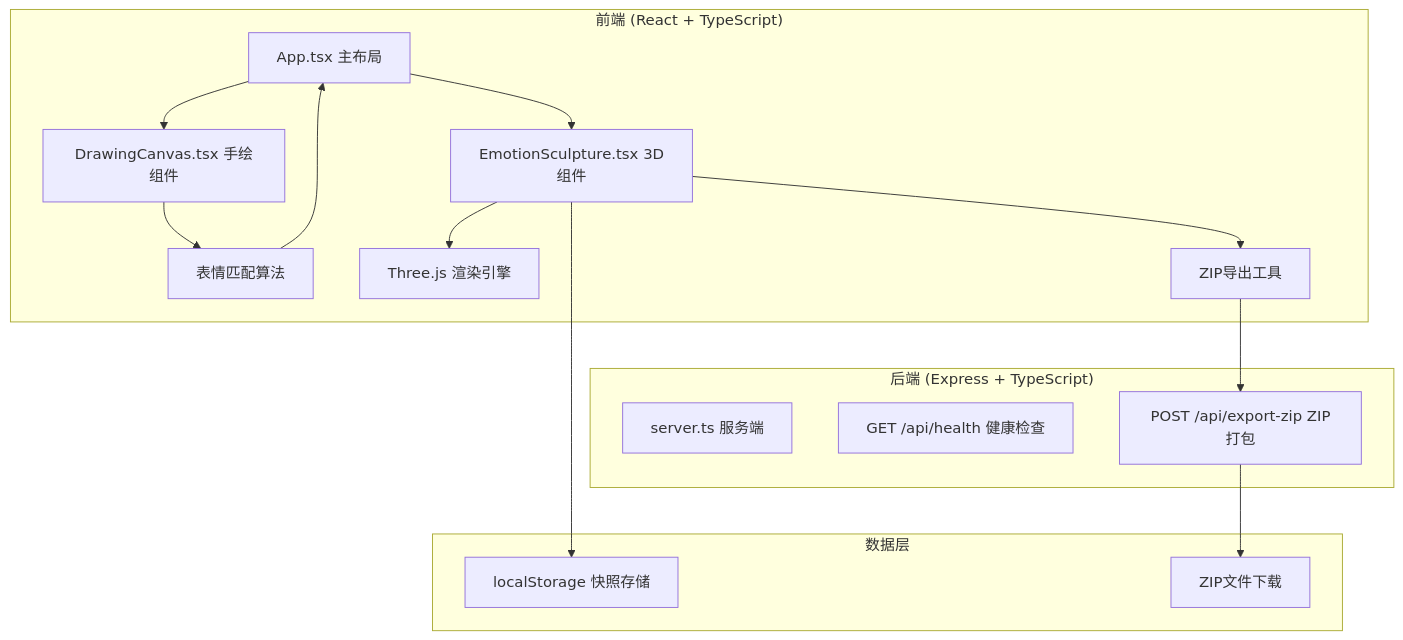
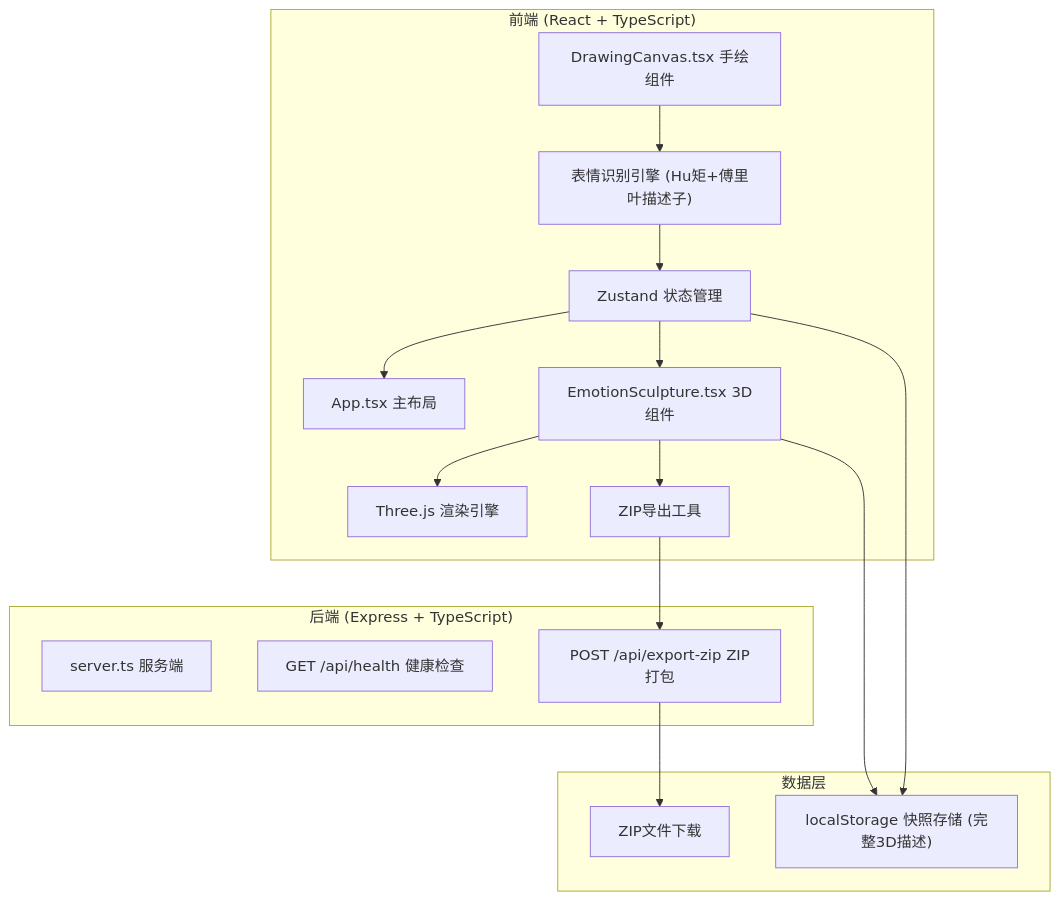
One commit to NUDT-ZSL/Solo changed the first of 2 diagrams in cp2_6.11_auto67/.trae/documents/TECH-ARCH-情绪雕塑生成器.md. Above: the diagram before and after it, drawn with Mermaid. The commit also changed other lines of this file, not shown here.

````diff
--- a/cp2_6.11_auto67/.trae/documents/TECH-ARCH-情绪雕塑生成器.md
+++ b/cp2_6.11_auto67/.trae/documents/TECH-ARCH-情绪雕塑生成器.md
@@ -2,32 +2,34 @@
 ```mermaid
 graph TD
     subgraph "前端 (React + TypeScript)"
         A["App.tsx 主布局"]
         B["DrawingCanvas.tsx 手绘组件"]
         C["EmotionSculpture.tsx 3D组件"]
-        D["表情匹配算法"]
+        D["表情识别引擎 (Hu矩+傅里叶描述子)"]
         E["Three.js 渲染引擎"]
         F["ZIP导出工具"]
+        G["Zustand 状态管理"]
     end
     
     subgraph "后端 (Express + TypeScript)"
-        G["server.ts 服务端"]
-        H["GET /api/health 健康检查"]
-        I["POST /api/export-zip ZIP打包"]
+        H["server.ts 服务端"]
+        I["GET /api/health 健康检查"]
+        J["POST /api/export-zip ZIP打包"]
     end
     
     subgraph "数据层"
-        J["localStorage 快照存储"]
-        K["ZIP文件下载"]
+        K["localStorage 快照存储 (完整3D描述)"]
+        L["ZIP文件下载"]
     end
     
     B --> D
-    D --> A
-    A --> C
+    D --> G
+    G --> A
+    G --> C
     C --> E
     C --> F
-    F --> I
-    I --> K
-    C --> J
-    A --> B
+    F --> J
+    J --> L
+    C --> K
+    G --> K
 ```
````
